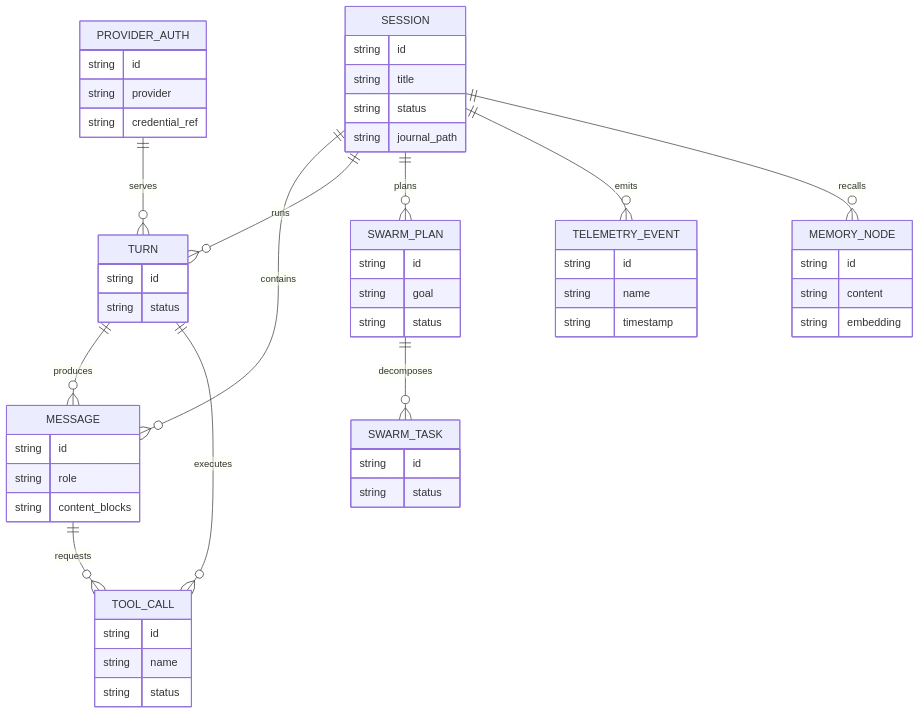
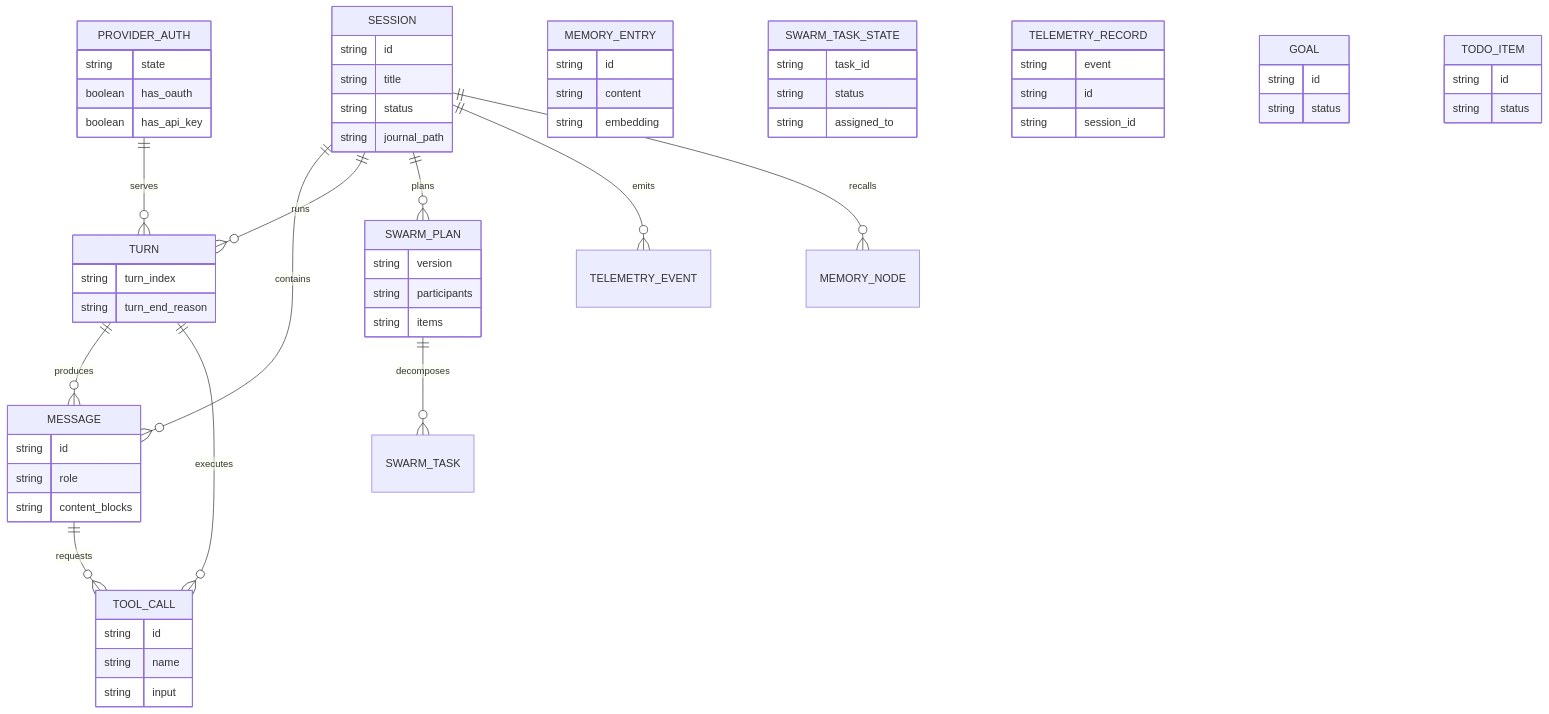
The second of 2 diagrams in 1jehuang/jcode/.sdlc/context/architecture.md (TomzxCode/sdlc), drawn with Mermaid before and after one commit. The commit also changed other lines of this file and 72 other files, not shown here.

````diff
--- a/1jehuang/jcode/.sdlc/context/architecture.md
+++ b/1jehuang/jcode/.sdlc/context/architecture.md
@@ -34,57 +34,66 @@
 ```mermaid
 erDiagram
     SESSION ||--o{ MESSAGE : contains
     SESSION ||--o{ TURN : runs
     SESSION ||--o{ SWARM_PLAN : plans
     SESSION ||--o{ TELEMETRY_EVENT : emits
     TURN ||--o{ MESSAGE : produces
     TURN ||--o{ TOOL_CALL : executes
     MESSAGE ||--o{ TOOL_CALL : requests
     SESSION ||--o{ MEMORY_NODE : recalls
     SWARM_PLAN ||--o{ SWARM_TASK : decomposes
     PROVIDER_AUTH ||--o{ TURN : serves
     SESSION {
         string id
         string title
         string status
         string journal_path
     }
     MESSAGE {
         string id
         string role
         string content_blocks
     }
     TURN {
-        string id
-        string status
+        string turn_index
+        string turn_end_reason
     }
     TOOL_CALL {
         string id
         string name
-        string status
+        string input
     }
-    MEMORY_NODE {
+    MEMORY_ENTRY {
         string id
         string content
         string embedding
     }
     SWARM_PLAN {
+        string version
+        string participants
+        string items
+    }
+    SWARM_TASK_STATE {
+        string task_id
+        string status
+        string assigned_to
+    }
+    PROVIDER_AUTH {
+        string state
+        boolean has_oauth
+        boolean has_api_key
+    }
+    TELEMETRY_RECORD {
+        string event
         string id
-        string goal
-        string status
+        string session_id
     }
-    SWARM_TASK {
+    GOAL {
         string id
         string status
     }
-    PROVIDER_AUTH {
+    TODO_ITEM {
         string id
-        string provider
-        string credential_ref
-    }
-    TELEMETRY_EVENT {
-        string id
-        string name
-        string timestamp
+        string status
     }
 ```
````
